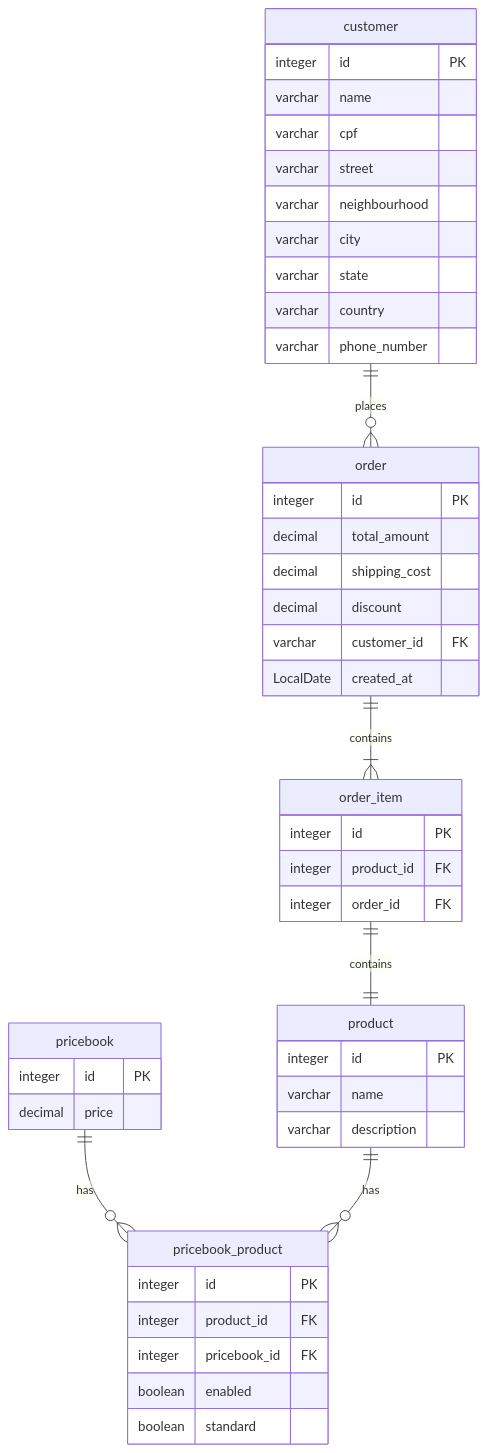
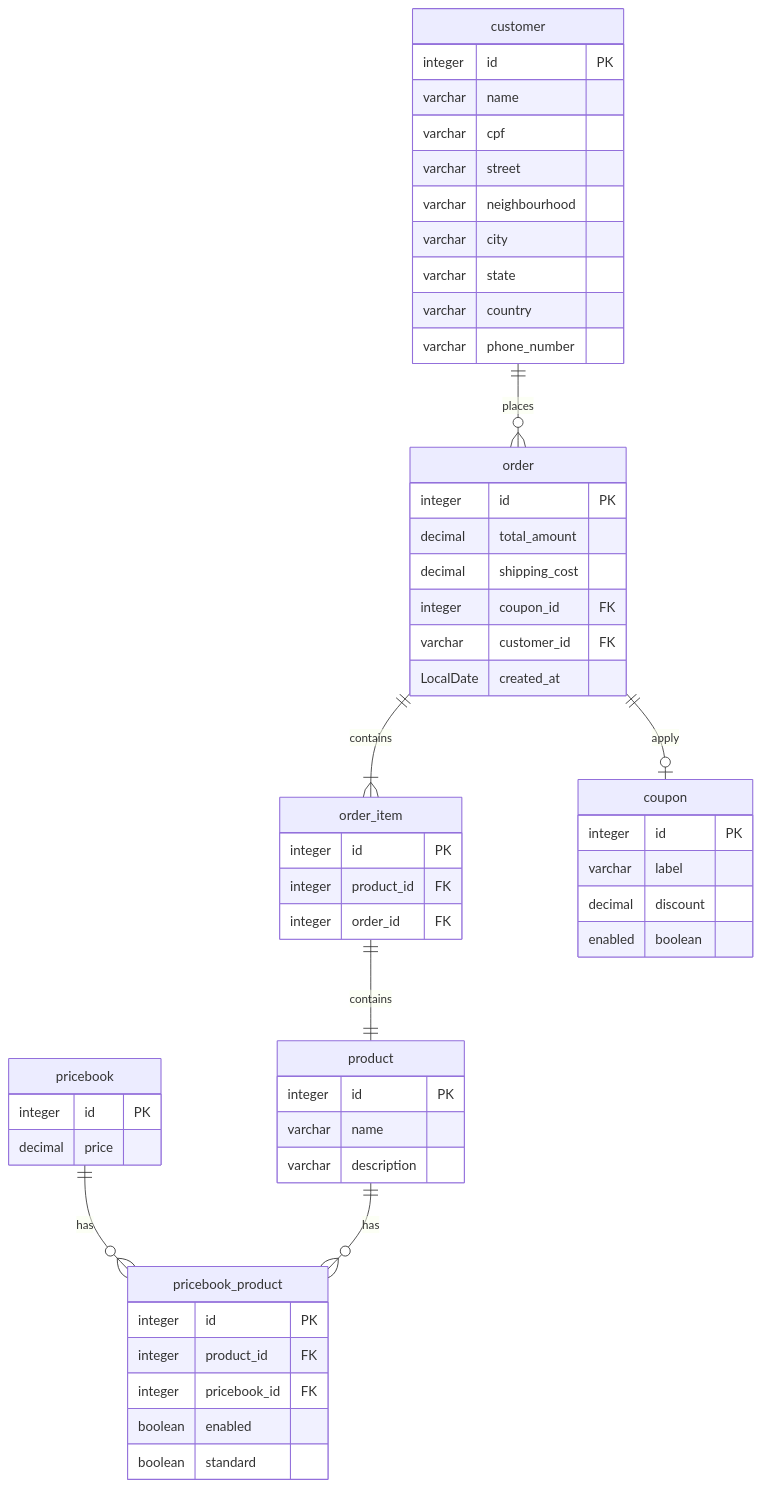
One commit to matheusg-morillo/ecommerce-messaging changed the diagram in readme.md. Above: the diagram before and after it, drawn with Mermaid.

Commit message:
add coupon to database diagram

````diff
--- a/readme.md
+++ b/readme.md
@@ -58,59 +58,68 @@
 ```mermaid
     erDiagram
     
     customer {
         integer id PK
         varchar name
         varchar cpf
         varchar street
         varchar neighbourhood
         varchar city
         varchar state
         varchar country
         varchar phone_number
     } 
 
     order {
         integer id PK
         decimal total_amount
         decimal shipping_cost
-        decimal discount
+        integer coupon_id FK
         varchar customer_id FK
         LocalDate created_at
     }
 
     order_item {
         integer id PK
         integer product_id FK
         integer order_id FK
     } 
     
     product {
         integer id PK
         varchar name
         varchar description
     } 
     
     pricebook {
         integer id PK
         decimal price
     }
     
     pricebook_product {
         integer id PK
         integer product_id FK
         integer pricebook_id FK
         boolean enabled
         boolean standard
     }
     
+    coupon {
+        integer id PK
+        varchar label
+        decimal discount
+        enabled boolean
+    }
+    
     customer ||--o{ order : places
     
     order ||--|{ order_item : contains
     
     order_item ||--|| product : contains
     
     pricebook ||--o{ pricebook_product : has
     
     product ||--o{ pricebook_product : has
+    
+    order ||--o| coupon : apply
 ```
````
